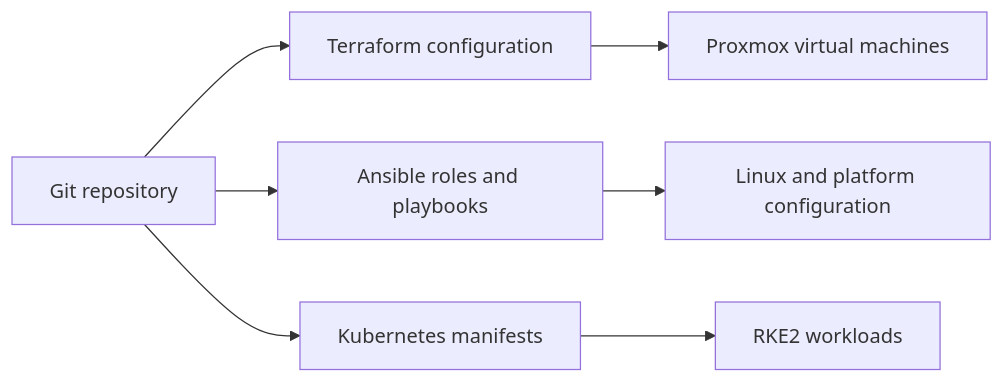
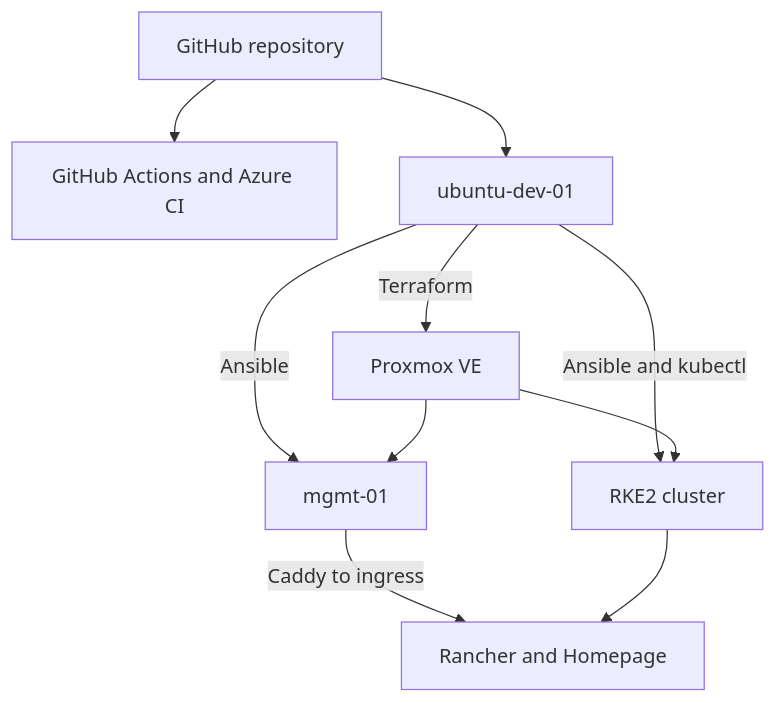
One commit to MoustafaBarou/barou-platform changed the diagram in README.md. Above: the diagram before and after it, drawn with Mermaid. The commit also changed other lines of this file and 25 other files, not shown here.

````diff
--- a/README.md
+++ b/README.md
@@ -85,11 +30,12 @@
 ```mermaid
-flowchart LR
-    Repository["Git repository"] --> Terraform["Terraform configuration"]
-    Terraform --> VirtualMachines["Proxmox virtual machines"]
-
-    Repository --> Ansible["Ansible roles and playbooks"]
-    Ansible --> Linux["Linux and platform configuration"]
-
-    Repository --> Manifests["Kubernetes manifests"]
-    Manifests --> RKE2["RKE2 workloads"]
+flowchart TD
+    Repo["GitHub repository"] --> CI["GitHub Actions and Azure CI"]
+    Repo --> Dev["ubuntu-dev-01"]
+    Dev -->|Terraform| PVE["Proxmox VE"]
+    Dev -->|Ansible| Mgmt["mgmt-01"]
+    Dev -->|Ansible and kubectl| RKE2["RKE2 cluster"]
+    PVE --> Mgmt
+    PVE --> RKE2
+    Mgmt -->|Caddy to ingress| Apps["Rancher and Homepage"]
+    RKE2 --> Apps
 ```
````
